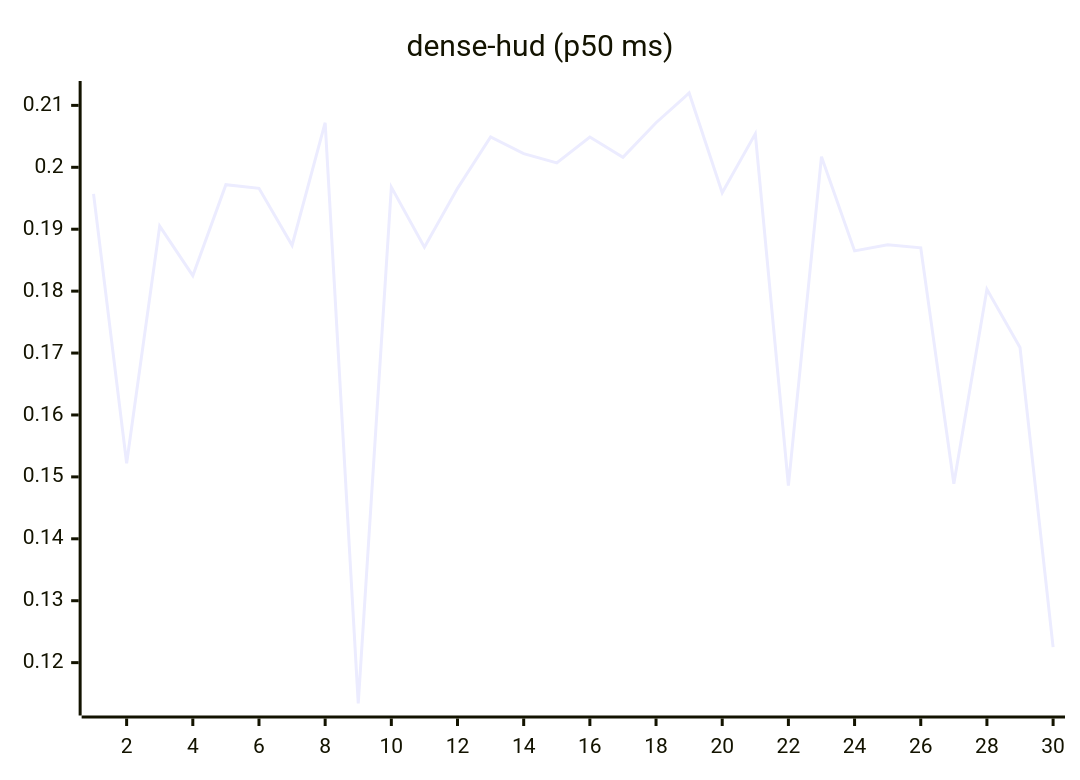
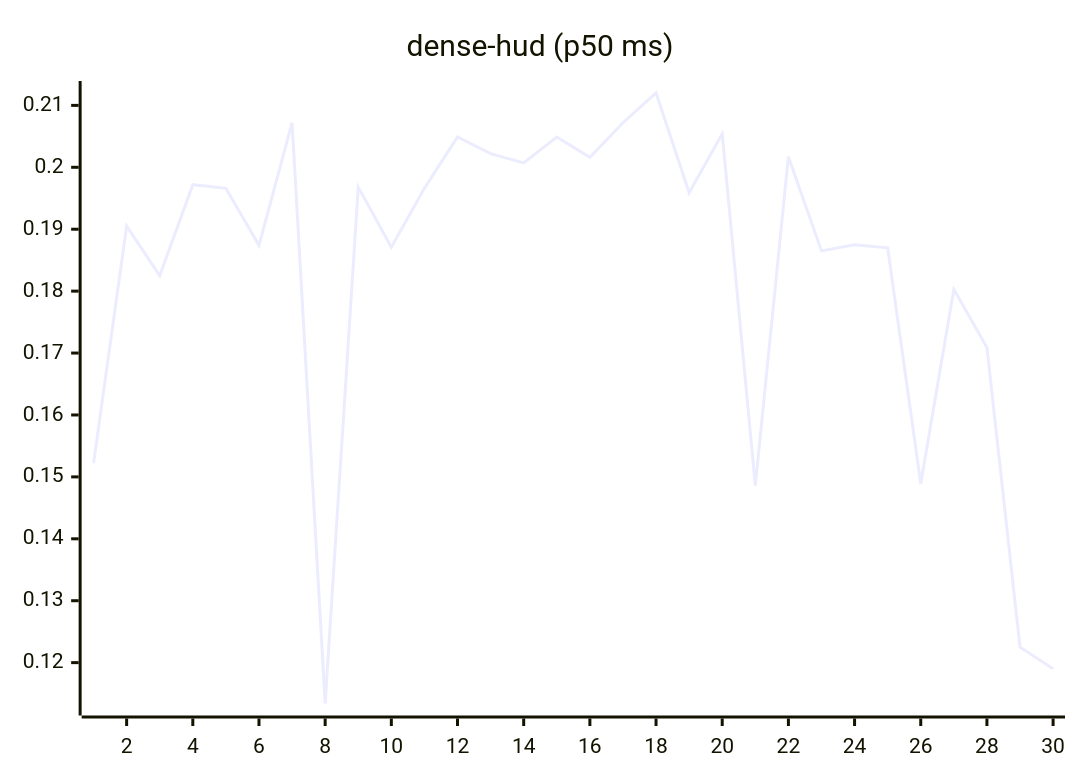
Before and after one commit to josha/Facet: the eighth of 27 diagrams in README.md, drawn with Mermaid. The commit also changed other lines of this file and 2 other files, not shown here.

````diff
--- a/README.md
+++ b/README.md
@@ -112,6 +112,6 @@
 ```mermaid
 xychart-beta
     title "dense-hud (p50 ms)"
     x-axis 1 --> 30
-    line [0.1957, 0.1522, 0.1905, 0.1825, 0.1972, 0.1966, 0.1874, 0.2072, 0.1134, 0.1968, 0.1871, 0.1966, 0.2049, 0.2022, 0.2007, 0.2049, 0.2016, 0.2072, 0.2120, 0.1959, 0.2054, 0.1486, 0.2017, 0.1865, 0.1875, 0.1870, 0.1489, 0.1803, 0.1709, 0.1225]
+    line [0.1522, 0.1905, 0.1825, 0.1972, 0.1966, 0.1874, 0.2072, 0.1134, 0.1968, 0.1871, 0.1966, 0.2049, 0.2022, 0.2007, 0.2049, 0.2016, 0.2072, 0.2120, 0.1959, 0.2054, 0.1486, 0.2017, 0.1865, 0.1875, 0.1870, 0.1489, 0.1803, 0.1709, 0.1225, 0.1190]
 ```
````
